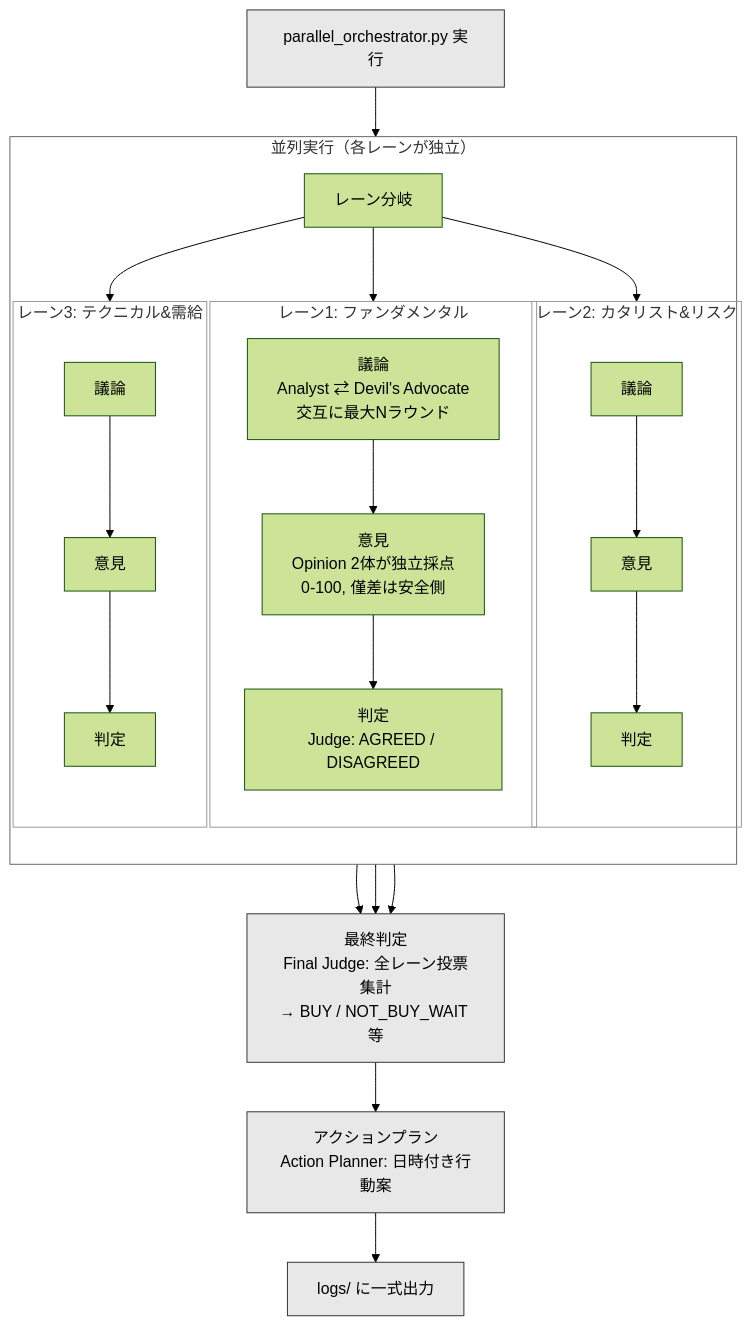
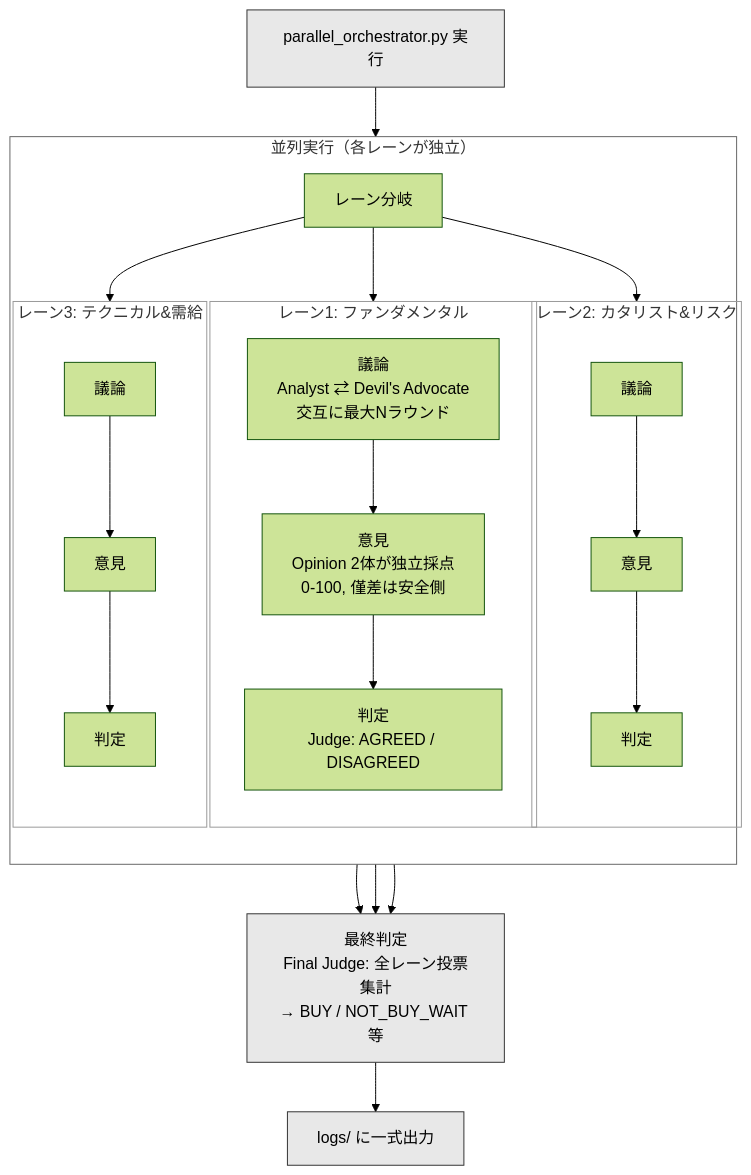
The diagram in Discusion/MyDocs/project-summary.md (oSUiMiNo/Kabu-Trading1), drawn with Mermaid (forest theme) before and after one commit. The commit also changed other lines of this file and 6 other files, not shown here.

````diff
--- a/Discusion/MyDocs/project-summary.md
+++ b/Discusion/MyDocs/project-summary.md
@@ -21,35 +21,33 @@
 ```mermaid
 flowchart TD
     START["parallel_orchestrator.py 実行"] --> FORK
 
     subgraph LANES ["並列実行（各レーンが独立）"]
         direction TB
         FORK["レーン分岐"] --> L1 & L2 & L3
 
         subgraph L1 ["レーン1: ファンダメンタル"]
             D1["議論\nAnalyst ⇄ Devil's Advocate\n交互に最大Nラウンド"]
             O1["意見\nOpinion 2体が独立採点\n0-100, 僅差は安全側"]
             J1["判定\nJudge: AGREED / DISAGREED"]
             D1 --> O1 --> J1
         end
         subgraph L2 ["レーン2: カタリスト&リスク"]
             D2["議論"] --> O2["意見"] --> J2["判定"]
         end
         subgraph L3 ["レーン3: テクニカル&需給"]
             D3["議論"] --> O3["意見"] --> J3["判定"]
         end
     end
 
     J1 & J2 & J3 --> FJ["最終判定\nFinal Judge: 全レーン投票集計\n→ BUY / NOT_BUY_WAIT 等"]
-    FJ --> AP["アクションプラン\nAction Planner: 日時付き行動案"]
-    AP --> OUT["logs/ に一式出力"]
+    FJ --> OUT["logs/ に一式出力"]
 
     style LANES fill:transparent,stroke:#666
     style L1 fill:transparent,stroke:#999
     style L2 fill:transparent,stroke:#999
     style L3 fill:transparent,stroke:#999
     style START fill:#e8e8e8,stroke:#333,color:#000
     style FJ fill:#e8e8e8,stroke:#333,color:#000
-    style AP fill:#e8e8e8,stroke:#333,color:#000
     style OUT fill:#e8e8e8,stroke:#333,color:#000
 ```
````
